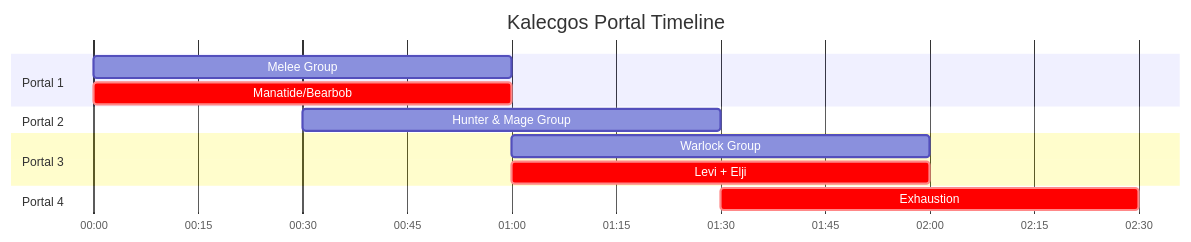
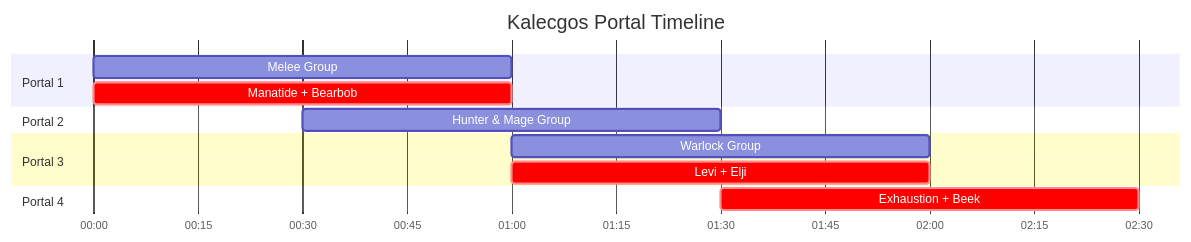
One commit to leemWF/READMEVault changed the second of 10 diagrams in wepulled/swp/README.md. Above: the diagram before and after it, drawn with Mermaid. The commit also changed other lines of this file, not shown here.

````diff
--- a/wepulled/swp/README.md
+++ b/wepulled/swp/README.md
@@ -15,20 +21,20 @@
 ```mermaid
 gantt
     title Kalecgos Portal Timeline
     dateFormat  mm:ss
     axisFormat %M:%S
 
     section Portal 1
     Melee Group           :p1, 00:00, 1m
-    Manatide/Bearbob     :crit, 00:00, 1m
+    Manatide + Bearbob     :crit, 00:00, 1m
     
     section Portal 2
     Hunter & Mage Group      :p2, 00:30, 1m
 
     section Portal 3
     Warlock Group    :p3, 01:00, 1m
     Levi +  Elji     :crit, 01:00, 1m
 
     section Portal 4
-    Exhaustion      :crit, p4, 01:30, 1m
+    Exhaustion + Beek      :crit, p4, 01:30, 1m
 ```
````
